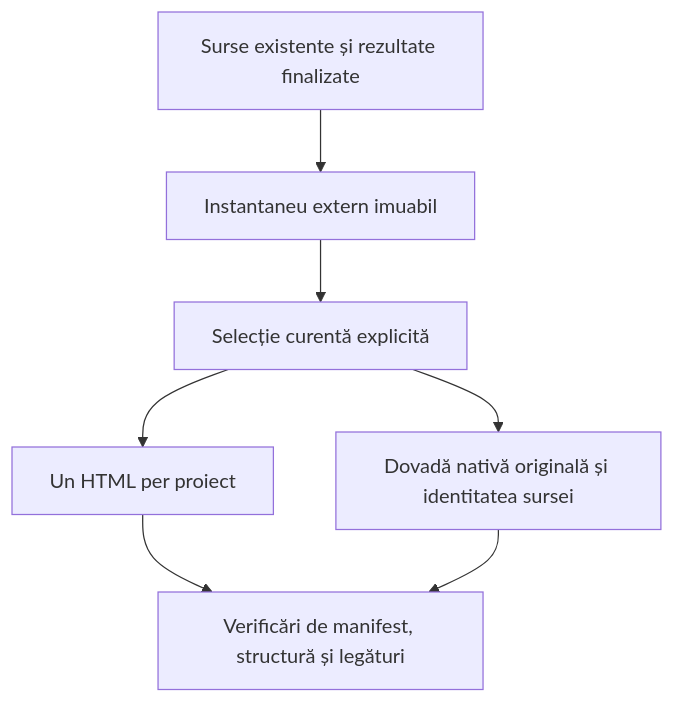
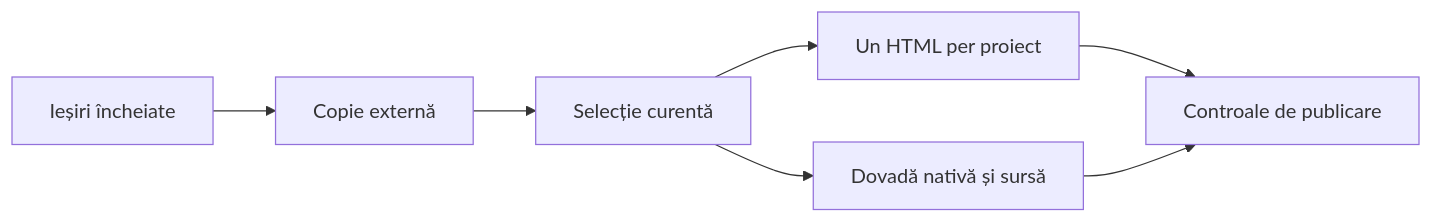
One commit to crististefanita/ATF_AI changed the diagram in docs/feedback/Artifact_Publication_And_History.md. Above: the diagram before and after it, drawn with Mermaid. The commit also changed other lines of this file and 111 other files, not shown here.

````diff
--- a/docs/feedback/Artifact_Publication_And_History.md
+++ b/docs/feedback/Artifact_Publication_And_History.md
@@ -54,9 +54,9 @@
 ```mermaid
-flowchart TB
-    Source["Surse existente și rezultate finalizate"] --> History["Instantaneu extern imuabil"]
-    History --> Choice["Selecție curentă explicită"]
+flowchart LR
+    Source["Ieșiri încheiate"] --> History["Copie externă"]
+    History --> Choice["Selecție curentă"]
     Choice --> Atlas["Un HTML per proiect"]
-    Choice --> Proof["Dovadă nativă originală și identitatea sursei"]
-    Atlas --> Guard["Verificări de manifest, structură și legături"]
+    Choice --> Proof["Dovadă nativă și sursă"]
+    Atlas --> Guard["Controale de publicare"]
     Proof --> Guard
 ```
````
